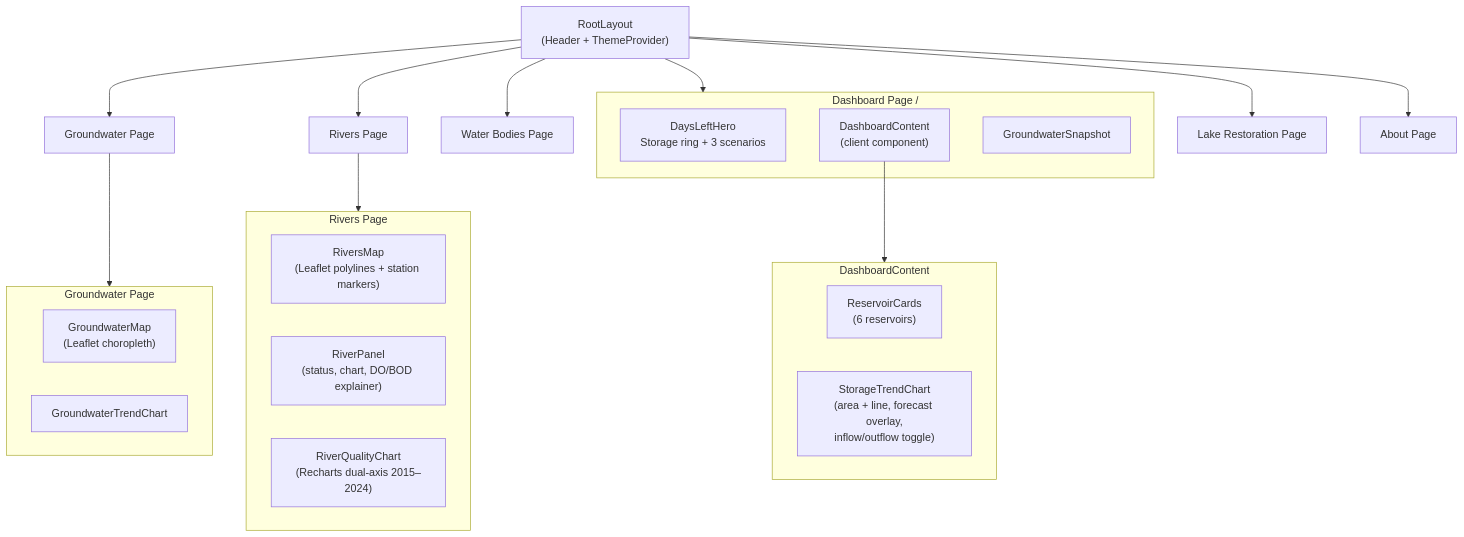
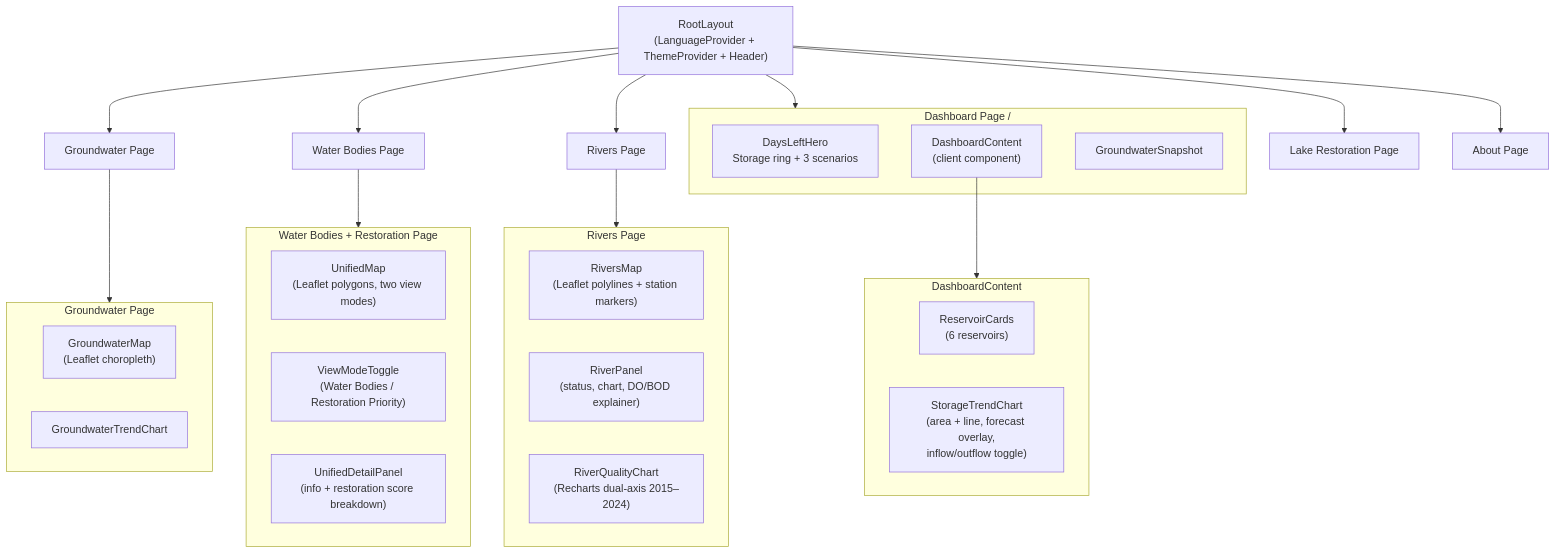
One commit to SundareshPrasanna/neer-vazhvu changed the fifth of 5 diagrams in ARCHITECTURE.md. Above: the diagram before and after it, drawn with Mermaid. The commit also changed other lines of this file and 4 other files, not shown here.

First line of the commit message:
docs: fix cross-document inconsistencies and add missing architecture sections

````diff
--- a/ARCHITECTURE.md
+++ b/ARCHITECTURE.md
@@ -254,39 +254,47 @@
 ```mermaid
 graph TD
-    Layout["RootLayout<br/>(Header + ThemeProvider)"]
+    Layout["RootLayout<br/>(LanguageProvider + ThemeProvider + Header)"]
 
     Layout --> Dashboard
     Layout --> GW["Groundwater Page"]
     Layout --> WB["Water Bodies Page"]
     Layout --> RV["Rivers Page"]
     Layout --> LR["Lake Restoration Page"]
     Layout --> About["About Page"]
 
     subgraph Dashboard["Dashboard Page /"]
         DLH["DaysLeftHero<br/>Storage ring + 3 scenarios"]
         DC["DashboardContent<br/>(client component)"]
         GWS["GroundwaterSnapshot"]
     end
 
     subgraph DC_Children["DashboardContent"]
         RC["ReservoirCards<br/>(6 reservoirs)"]
         STC["StorageTrendChart<br/>(area + line, forecast overlay,<br/>inflow/outflow toggle)"]
     end
 
     DC --> DC_Children
 
     subgraph GW_Children["Groundwater Page"]
         GM["GroundwaterMap<br/>(Leaflet choropleth)"]
         GT["GroundwaterTrendChart"]
     end
 
     GW --> GW_Children
 
     subgraph RV_Children["Rivers Page"]
         RM["RiversMap<br/>(Leaflet polylines + station markers)"]
         RP["RiverPanel<br/>(status, chart, DO/BOD explainer)"]
         RQC["RiverQualityChart<br/>(Recharts dual-axis 2015–2024)"]
     end
 
     RV --> RV_Children
+
+    subgraph WB_Children["Water Bodies + Restoration Page"]
+        UM["UnifiedMap<br/>(Leaflet polygons, two view modes)"]
+        VMT["ViewModeToggle<br/>(Water Bodies / Restoration Priority)"]
+        UDP["UnifiedDetailPanel<br/>(info + restoration score breakdown)"]
+    end
+
+    WB --> WB_Children
 ```
````
